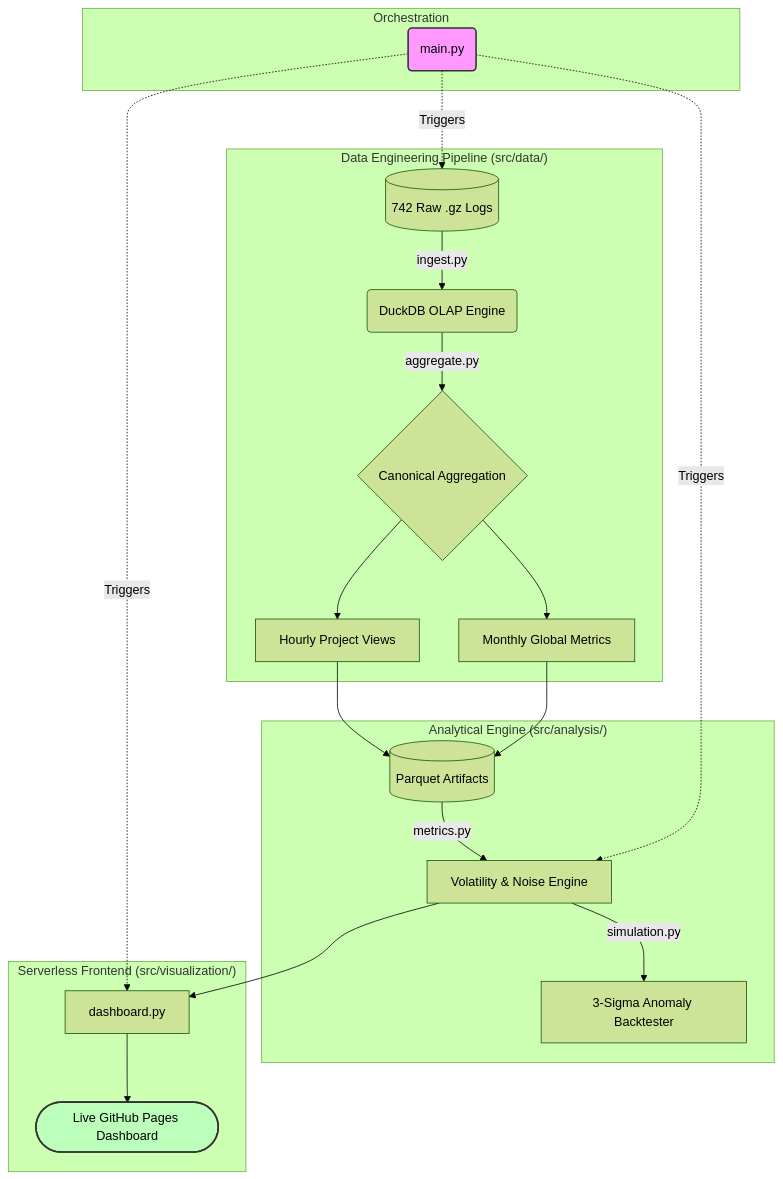
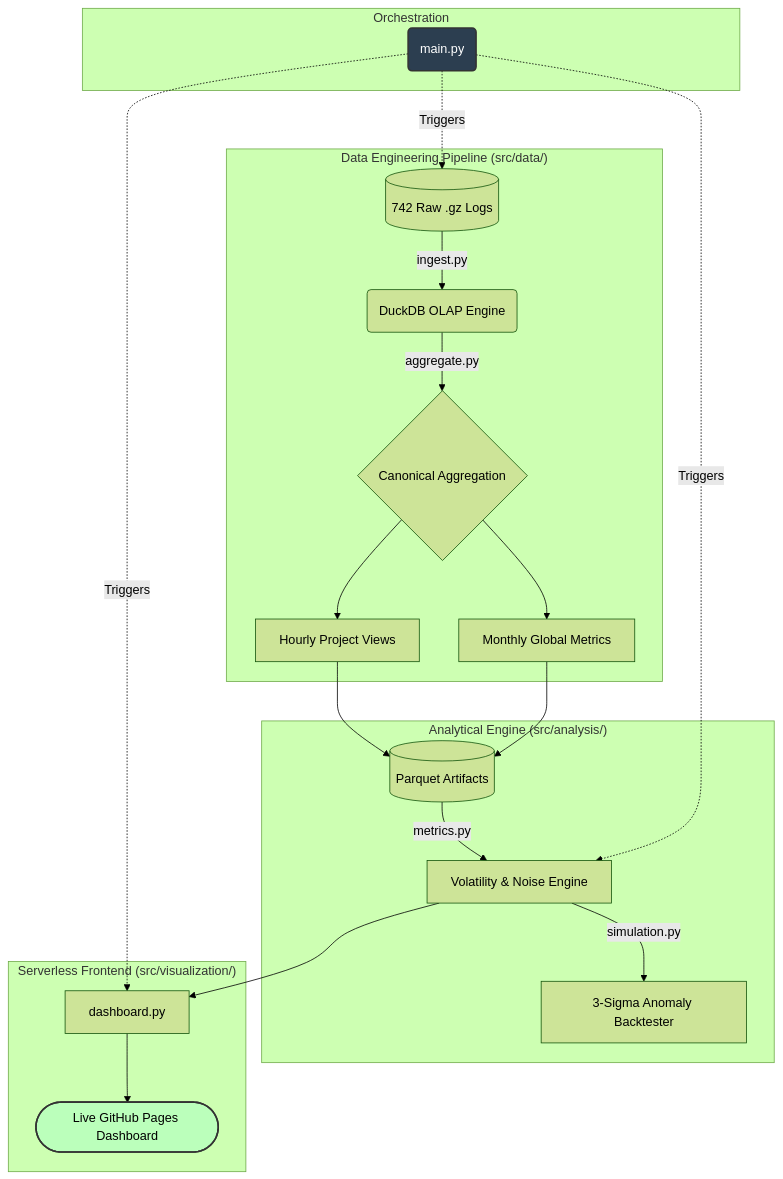
One commit to Aneek00/Telemetry-Reliability-Engine changed the diagram in README.md. Above: the diagram before and after it, drawn with Mermaid (forest theme).

Commit message:
Change style color for 'O' in README diagram
Updated style for 'O' in the diagram to improve visibility.

````diff
--- a/README.md
+++ b/README.md
@@ -17,32 +17,32 @@
 ```mermaid
 flowchart TD
     subgraph ORCH["Orchestration"]
         O("main.py")
     end
 
     subgraph DATA["Data Engineering Pipeline (src/data/)"]
         A[("742 Raw .gz Logs")] -->|ingest.py| B("DuckDB OLAP Engine")
         B -->|aggregate.py| C{"Canonical Aggregation"}
         C --> D["Hourly Project Views"]
         C --> E["Monthly Global Metrics"]
     end
 
     subgraph ANALYSIS["Analytical Engine (src/analysis/)"]
         D --> F[("Parquet Artifacts")]
         E --> F
         F -->|metrics.py| G["Volatility & Noise Engine"]
         G -->|simulation.py| H["3-Sigma Anomaly Backtester"]
     end
 
     subgraph VIS["Serverless Frontend (src/visualization/)"]
         G --> I["dashboard.py"]
         I --> J(["Live GitHub Pages Dashboard"])
     end
 
     O -.->|Triggers| A
     O -.->|Triggers| G
     O -.->|Triggers| I
 
     style J fill:#bfb,stroke:#333,stroke-width:2px,color:#000
-    style O fill:#f9f,stroke:#333,stroke-width:2px
+    style O fill:#2C3E50,stroke:#333,stroke-width:2px,color:#fff
 ```
````
